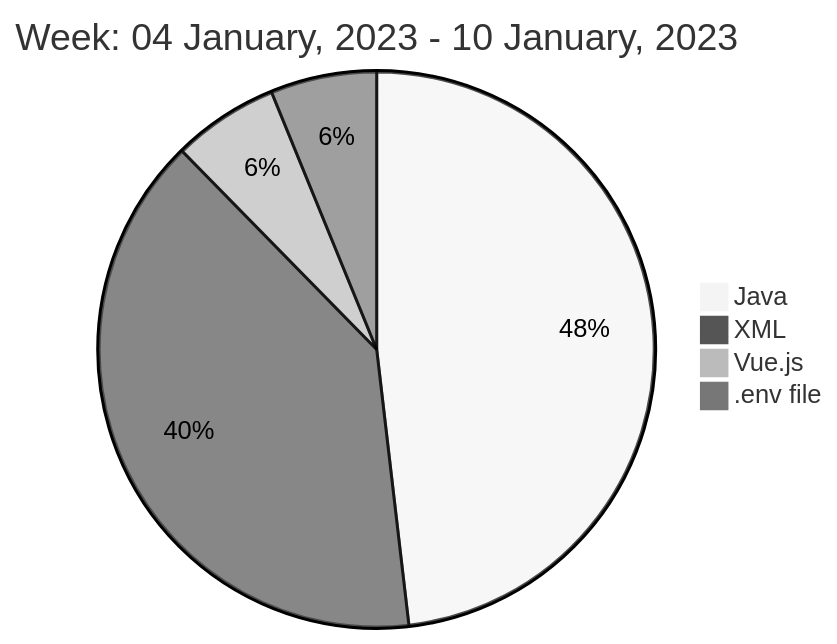
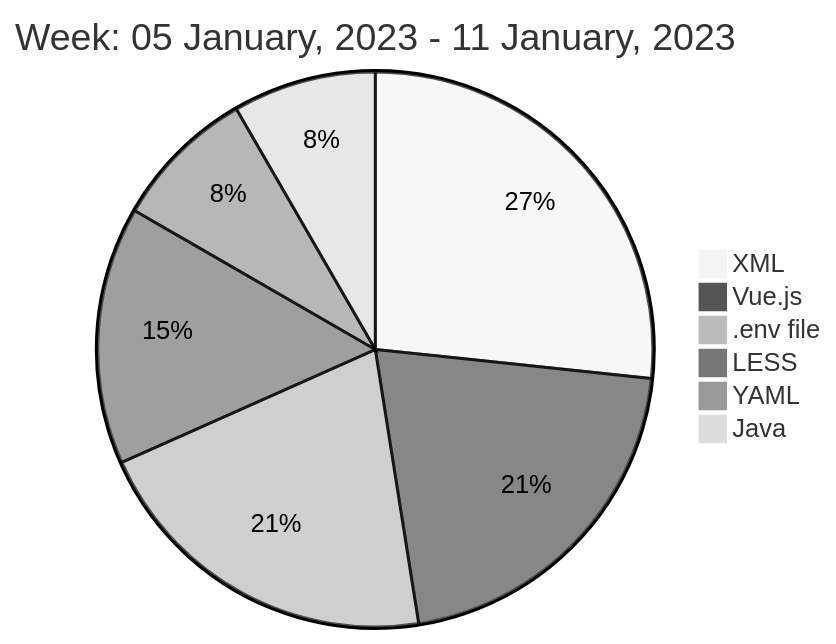
Before and after one commit to liubin95/liubin95: the diagram in README.md, drawn with Mermaid (neutral theme).

Commit message:
Updated the Graph with new Metrics

````diff
--- a/README.md
+++ b/README.md
@@ -40,8 +40,10 @@
 ```mermaid
  pie
-title Week: 04 January, 2023 - 10 January, 2023
- "Java" : 1.95
- "XML" : 1.6
+title Week: 05 January, 2023 - 11 January, 2023
+ "XML" : 0.32
  "Vue.js" : 0.25
  ".env file" : 0.25
+ "LESS" : 0.18
+ "YAML" : 0.1
+ "Java" : 0.1
 ```
````
